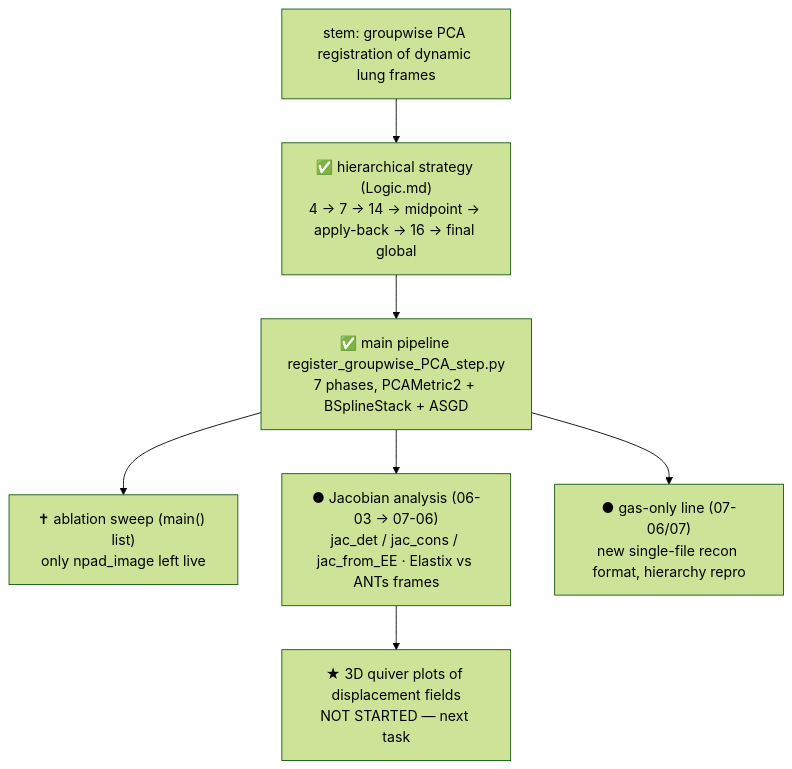
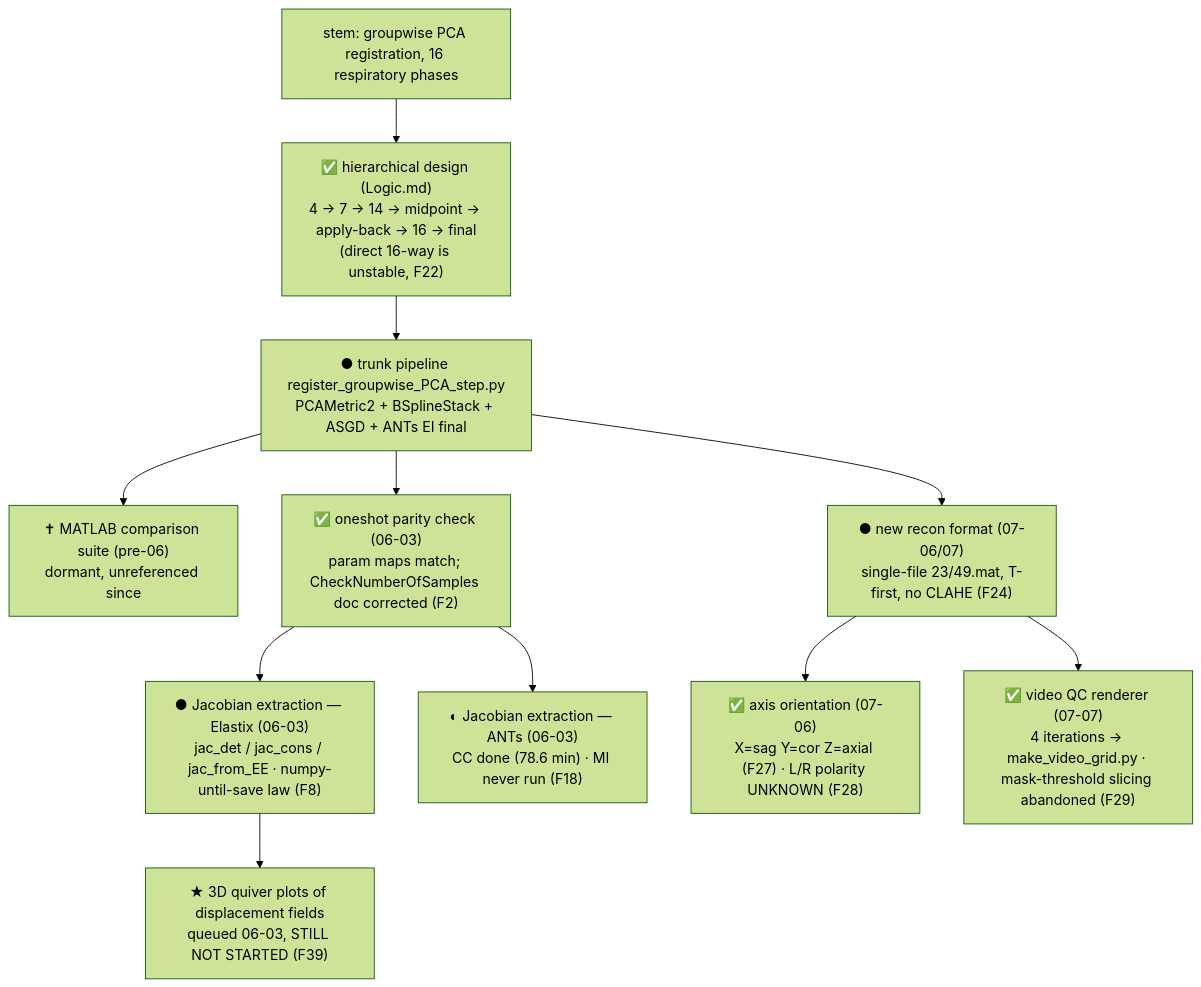
Before and after one commit to HoomHam/Groupwise_PCA_Registration: the diagram in workspace/canon/tree.md, drawn with Mermaid (forest theme). The commit also changed other lines of this file and 2 other files, not shown here.

````diff
--- a/workspace/canon/tree.md
+++ b/workspace/canon/tree.md
@@ -9,14 +11,20 @@
 ```mermaid
 flowchart TD
-  STEM["stem: groupwise PCA registration of dynamic lung frames"]
-  B1["✅ hierarchical strategy (Logic.md)<br/>4 → 7 → 14 → midpoint → apply-back → 16 → final global"]
-  B2["✅ main pipeline register_groupwise_PCA_step.py<br/>7 phases, PCAMetric2 + BSplineStack + ASGD"]
-  B3["✝ ablation sweep (main() list)<br/>only npad_image left live"]
-  B4["● Jacobian analysis (06-03 → 07-06)<br/>jac_det / jac_cons / jac_from_EE · Elastix vs ANTs frames"]
-  B5["● gas-only line (07-06/07)<br/>new single-file recon format, hierarchy repro"]
-  B6["★ 3D quiver plots of displacement fields<br/>NOT STARTED — next task"]
+  STEM["stem: groupwise PCA registration, 16 respiratory phases"]
+  B1["✅ hierarchical design (Logic.md)<br/>4 → 7 → 14 → midpoint → apply-back → 16 → final<br/>(direct 16-way is unstable, F22)"]
+  B2["● trunk pipeline register_groupwise_PCA_step.py<br/>PCAMetric2 + BSplineStack + ASGD + ANTs EI final"]
+  B3["✝ MATLAB comparison suite (pre-06)<br/>dormant, unreferenced since"]
+  B4["✅ oneshot parity check (06-03)<br/>param maps match; CheckNumberOfSamples doc corrected (F2)"]
+  B5["● Jacobian extraction — Elastix (06-03)<br/>jac_det / jac_cons / jac_from_EE · numpy-until-save law (F8)"]
+  B6["◐ Jacobian extraction — ANTs (06-03)<br/>CC done (78.6 min) · MI never run (F18)"]
+  B7["● new recon format (07-06/07)<br/>single-file 23/49.mat, T-first, no CLAHE (F24)"]
+  B8["✅ axis orientation (07-06)<br/>X=sag Y=cor Z=axial (F27) · L/R polarity UNKNOWN (F28)"]
+  B9["✅ video QC renderer (07-07)<br/>4 iterations → make_video_grid.py · mask-threshold slicing abandoned (F29)"]
+  B10["★ 3D quiver plots of displacement fields<br/>queued 06-03, STILL NOT STARTED (F39)"]
   STEM --> B1 --> B2
   B2 --> B3
-  B2 --> B4 --> B6
-  B2 --> B5
+  B2 --> B4 --> B5 --> B10
+  B4 --> B6
+  B2 --> B7 --> B8
+  B7 --> B9
 ```
````
